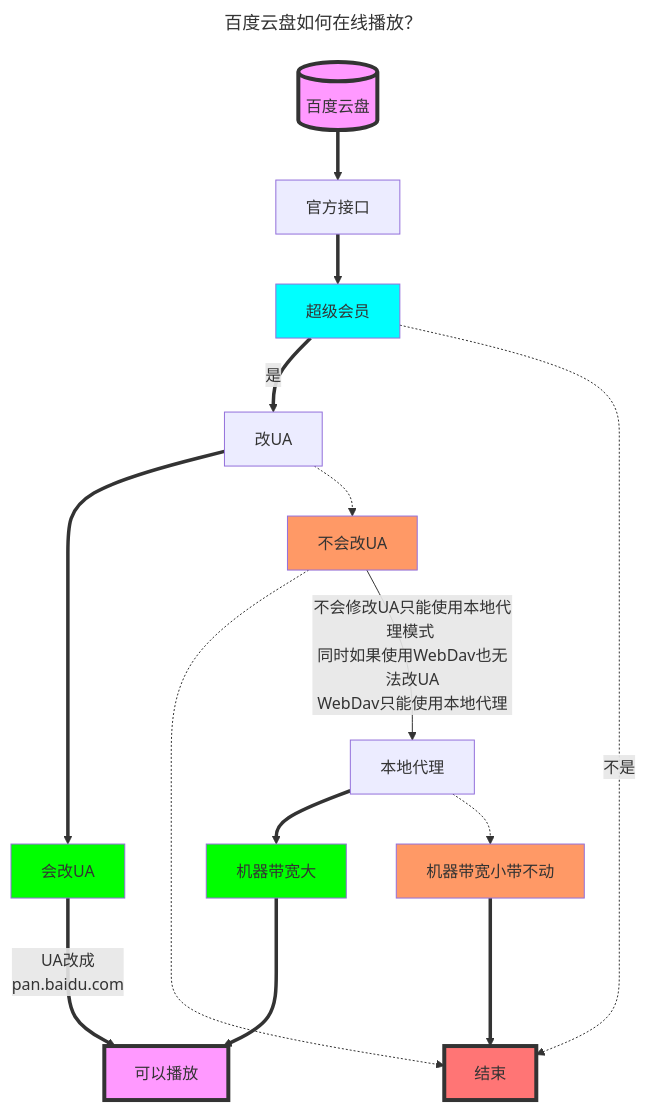
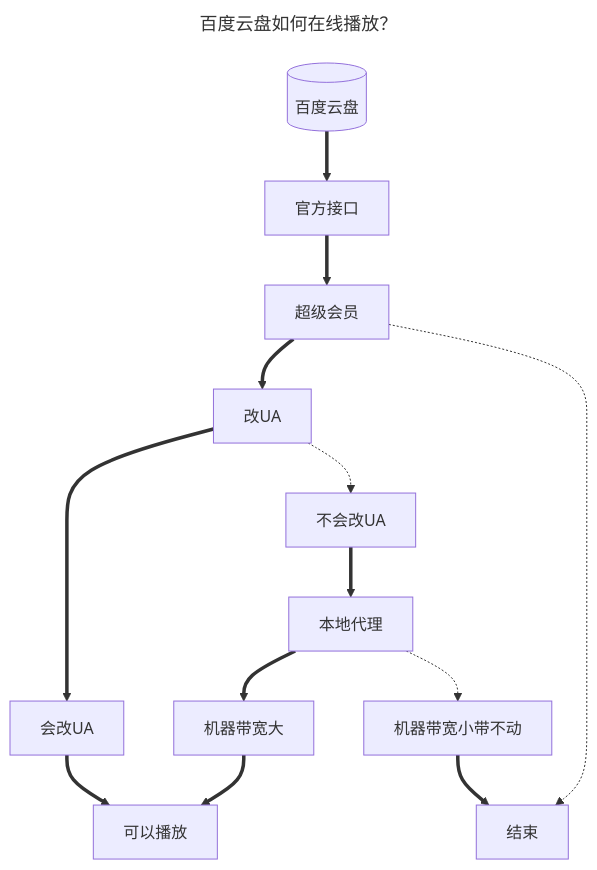
One commit to xrgzs/OpenList-Docs changed the second of 4 diagrams in pages/guide/drivers/baidu.md. Above: the diagram before and after it, drawn with Mermaid. The commit also changed other lines of this file and 61 other files, not shown here.

````diff
--- a/pages/guide/drivers/baidu.md
+++ b/pages/guide/drivers/baidu.md
@@ -45,37 +84,31 @@
 ```mermaid
 ---
 title: 百度云盘如何在线播放？
 ---
 flowchart TB
-  style l fill:#f9f,stroke:#333,stroke-width:4px
-  style m fill:#ff7575,stroke:#333,stroke-width:4px
-  style a fill:#f9f,stroke:#333,stroke-width:4px
-  classDef class1 fill:#0f0
-  classDef class2 fill:#0ff
-  classDef class3 fill:#f96
   a[(百度云盘)]
   1[官方接口]
   b[超级会员]
   c[改UA]
   d[会改UA]
   e[不会改UA]
   f[本地代理]
   g[机器带宽大]
   k[机器带宽小带不动]
   l[可以播放]
   m[结束]
+
   a ==> 1
   1 ==> b
-  b:::class2 ==>|是| c
-  b -.->|不是| m
+  b ==> c
+  b -.-> m
   c ==> d
   c -.-> e
-  d:::class1 ===>|UA改成<br/>pan.baidu.com| l
-  e:::class3 -.-> m
-  e:::class3 -->|不会修改UA只能使用本地代理模式 <br/>同时如果使用WebDav也无法改UA<br/>WebDav只能使用本地代理| f
+  d ==> l
+  e ==> f
   f ==> g
   f -.-> k
-  g:::class1 ===> l
-  k:::class3 ===> m
-  click c,e,d,m,cc,dd,ee "#添加-user-agent-使用示例"
+  g ==> l
+  k ==> m
+  click c,e,d,m "#添加-user-agent-使用示例"
 ```
````
